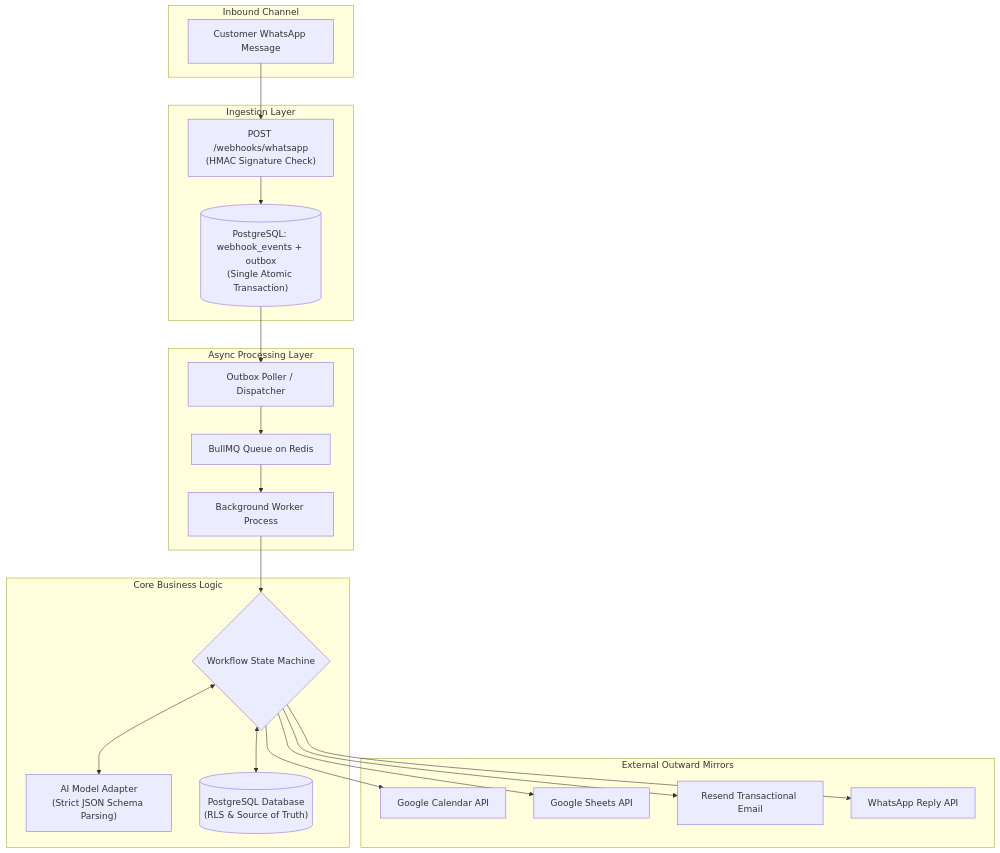
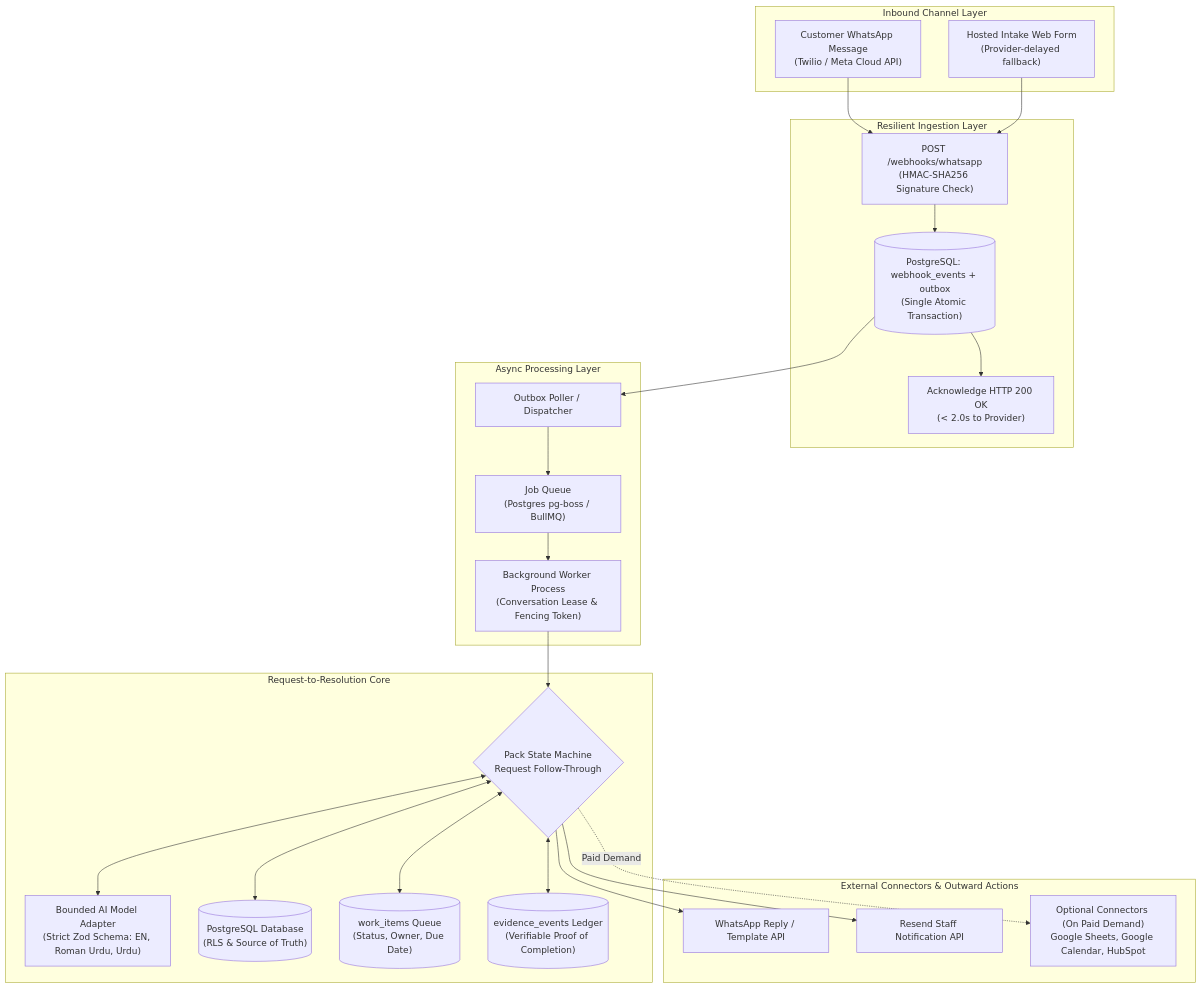
The first of 3 diagrams in docs/CHECKLIST.md (Cypher-Aura-19/virobyte-saas), drawn with Mermaid before and after one commit. The commit also changed other lines of this file and 7 other files, not shown here.

Commit message:
docs: finalize v4.0 Request-to-Resolution architecture, schema, and verified Mermaid diagrams

````diff
--- a/docs/CHECKLIST.md
+++ b/docs/CHECKLIST.md
@@ -11,43 +11,49 @@
 ```mermaid
 flowchart TD
-    subgraph Channels [Inbound Channel]
-        WhatsApp[Customer WhatsApp Message]
+    subgraph Channels ["Inbound Channel Layer"]
+        WhatsApp["Customer WhatsApp Message<br/>(Twilio / Meta Cloud API)"]
+        WebForm["Hosted Intake Web Form<br/>(Provider-delayed fallback)"]
     end
 
-    subgraph Ingestion [Ingestion Layer]
-        Endpoint["POST /webhooks/whatsapp<br/>(HMAC Signature Check)"]
+    subgraph Ingestion ["Resilient Ingestion Layer"]
+        Endpoint["POST /webhooks/whatsapp<br/>(HMAC-SHA256 Signature Check)"]
         OutboxTable[("PostgreSQL: webhook_events + outbox<br/>(Single Atomic Transaction)")]
+        Ack["Acknowledge HTTP 200 OK<br/>(< 2.0s to Provider)"]
     end
 
-    subgraph Processing [Async Processing Layer]
-        Dispatcher[Outbox Poller / Dispatcher]
-        BullMQ[BullMQ Queue on Redis]
-        Worker[Background Worker Process]
+    subgraph Processing ["Async Processing Layer"]
+        Dispatcher["Outbox Poller / Dispatcher"]
+        JobQueue["Job Queue<br/>(Postgres pg-boss / BullMQ)"]
+        Worker["Background Worker Process<br/>(Conversation Lease & Fencing Token)"]
     end
 
-    subgraph Engine [Core Business Logic]
-        AIAdapter["AI Model Adapter<br/>(Strict JSON Schema Parsing)"]
-        WorkflowEngine{Workflow State Machine}
+    subgraph Engine ["Request-to-Resolution Core"]
+        AIAdapter["Bounded AI Model Adapter<br/>(Strict Zod Schema: EN, Roman Urdu, Urdu)"]
+        PackEngine{"Pack State Machine<br/>Request Follow-Through"}
         PostgresDB[("PostgreSQL Database<br/>(RLS & Source of Truth)")]
+        WorkItems[("work_items Queue<br/>(Status, Owner, Due Date)")]
+        EvidenceLedger[("evidence_events Ledger<br/>(Verifiable Proof of Completion)")]
     end
 
-    subgraph External [External Outward Mirrors]
-        GoogleCal[Google Calendar API]
-        GoogleSheets[Google Sheets API]
-        ResendEmail[Resend Transactional Email]
-        TwilioAPI[WhatsApp Reply API]
+    subgraph External ["External Connectors & Outward Actions"]
+        TwilioAPI["WhatsApp Reply / Template API"]
+        ResendEmail["Resend Staff Notification API"]
+        OptConnectors["Optional Connectors (On Paid Demand)<br/>Google Sheets, Google Calendar, HubSpot"]
     end
 
     WhatsApp --> Endpoint
+    WebForm --> Endpoint
     Endpoint --> OutboxTable
+    OutboxTable --> Ack
     OutboxTable --> Dispatcher
-    Dispatcher --> BullMQ
-    BullMQ --> Worker
-    Worker --> WorkflowEngine
-    WorkflowEngine <--> AIAdapter
-    WorkflowEngine <--> PostgresDB
-    WorkflowEngine --> GoogleCal
-    WorkflowEngine --> GoogleSheets
-    WorkflowEngine --> ResendEmail
-    WorkflowEngine --> TwilioAPI
+    Dispatcher --> JobQueue
+    JobQueue --> Worker
+    Worker --> PackEngine
+    PackEngine <--> AIAdapter
+    PackEngine <--> PostgresDB
+    PackEngine <--> WorkItems
+    PackEngine <--> EvidenceLedger
+    PackEngine --> TwilioAPI
+    PackEngine --> ResendEmail
+    PackEngine -.->|Paid Demand| OptConnectors
 ```
````
